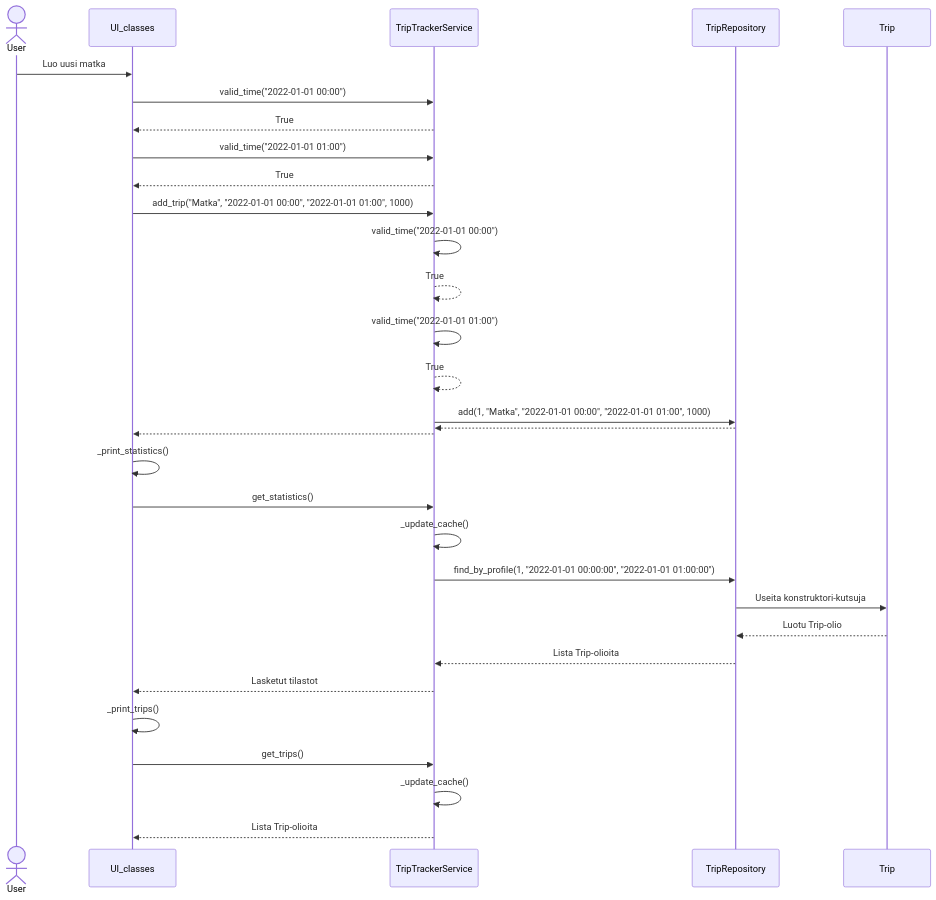
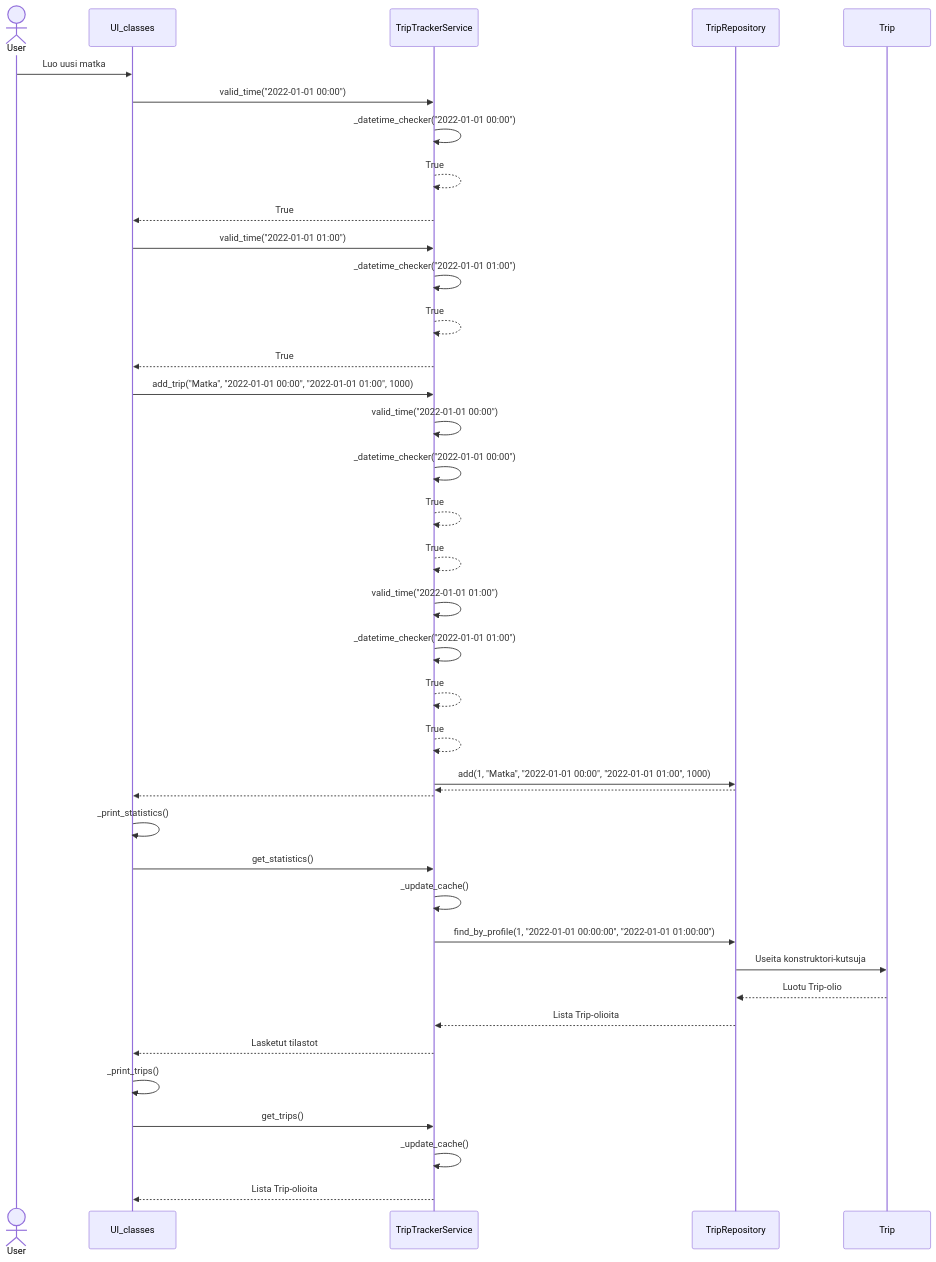
Before and after one commit to ArcticCoder/trip-tracker: the third of 3 diagrams in dokumentaatio/arkkitehtuuri.md, drawn with Mermaid. The commit also changed other lines of this file, not shown here.

````diff
--- a/dokumentaatio/arkkitehtuuri.md
+++ b/dokumentaatio/arkkitehtuuri.md
@@ -85,32 +85,40 @@
 ```mermaid
  sequenceDiagram
  
  actor User
  User ->> UI_classes : Luo uusi matka
  
  UI_classes ->> TripTrackerService : valid_time("2022-01-01 00:00")
+ TripTrackerService ->> TripTrackerService : _datetime_checker("2022-01-01 00:00")
+ TripTrackerService -->> TripTrackerService : True
  TripTrackerService -->> UI_classes : True
  UI_classes ->> TripTrackerService : valid_time("2022-01-01 01:00")
+ TripTrackerService ->> TripTrackerService : _datetime_checker("2022-01-01 01:00")
+ TripTrackerService -->> TripTrackerService : True
  TripTrackerService -->> UI_classes : True
  UI_classes ->> TripTrackerService : add_trip("Matka", "2022-01-01 00:00", "2022-01-01 01:00", 1000)
  TripTrackerService ->> TripTrackerService : valid_time("2022-01-01 00:00")
+ TripTrackerService ->> TripTrackerService : _datetime_checker("2022-01-01 00:00")
+ TripTrackerService -->> TripTrackerService : True
  TripTrackerService -->> TripTrackerService : True
  TripTrackerService ->> TripTrackerService : valid_time("2022-01-01 01:00")
+ TripTrackerService ->> TripTrackerService : _datetime_checker("2022-01-01 01:00")
+ TripTrackerService -->> TripTrackerService : True
  TripTrackerService -->> TripTrackerService : True
  TripTrackerService ->> TripRepository : add(1, "Matka", "2022-01-01 00:00", "2022-01-01 01:00", 1000)
  TripRepository -->> TripTrackerService : 
  TripTrackerService -->> UI_classes : 
  
  UI_classes ->> UI_classes : _print_statistics()
  UI_classes ->> TripTrackerService : get_statistics()
  TripTrackerService ->> TripTrackerService : _update_cache()
  TripTrackerService ->> TripRepository : find_by_profile(1, "2022-01-01 00:00:00", "2022-01-01 01:00:00")
  TripRepository ->> Trip : Useita konstruktori-kutsuja
  Trip -->> TripRepository : Luotu Trip-olio
  TripRepository -->> TripTrackerService : Lista Trip-olioita
  TripTrackerService -->> UI_classes : Lasketut tilastot
  UI_classes ->> UI_classes : _print_trips()
  UI_classes ->> TripTrackerService : get_trips()
  TripTrackerService ->> TripTrackerService : _update_cache()
  TripTrackerService -->> UI_classes : Lista Trip-olioita
 ```
````
